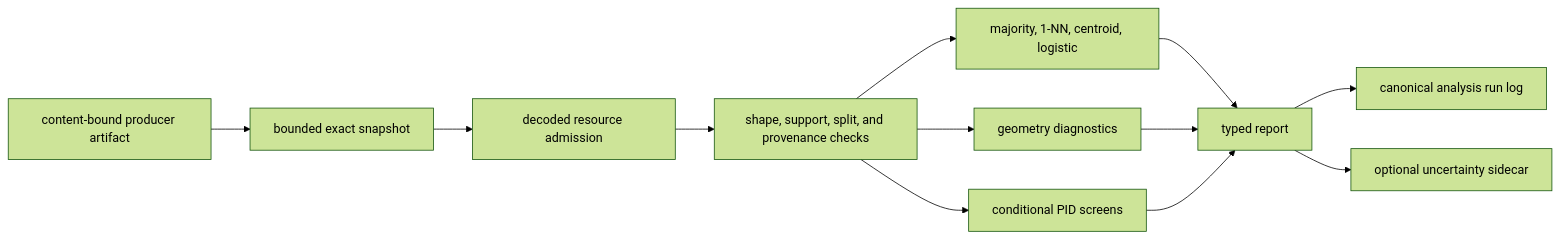
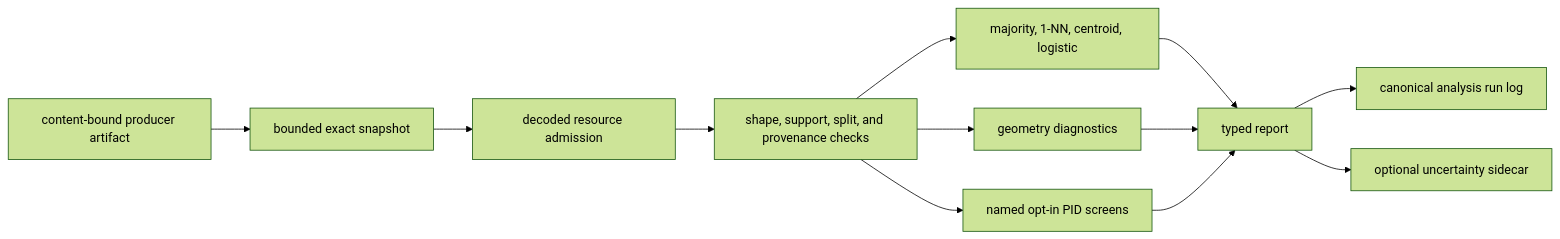
One commit to sepahead/prisoma changed the second of 2 diagrams in ARCHITECTURE.md. Above: the diagram before and after it, drawn with Mermaid (forest theme). The commit also changed other lines of this file and 28 other files, not shown here.

````diff
--- a/ARCHITECTURE.md
+++ b/ARCHITECTURE.md
@@ -146,14 +146,14 @@
 ```mermaid
 flowchart LR
     Source["content-bound producer artifact"] --> Snapshot["bounded exact snapshot"]
     Snapshot --> Admit["decoded resource admission"]
     Admit --> Validate["shape, support, split, and provenance checks"]
     Validate --> Baselines["majority, 1-NN, centroid, logistic"]
     Validate --> Geometry["geometry diagnostics"]
-    Validate --> PID["conditional PID screens"]
+    Validate --> PID["named opt-in PID screens"]
     Baselines --> Report["typed report"]
     Geometry --> Report
     PID --> Report
     Report --> RunLog["canonical analysis run log"]
     Report --> Sidecar["optional uncertainty sidecar"]
 ```
````
